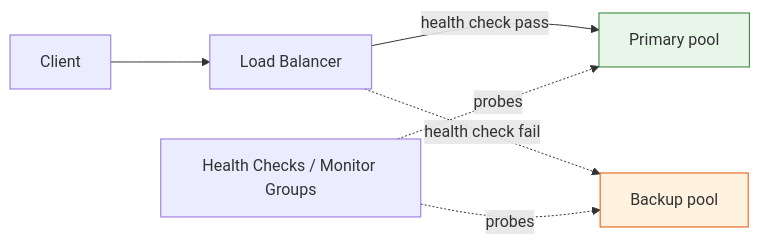
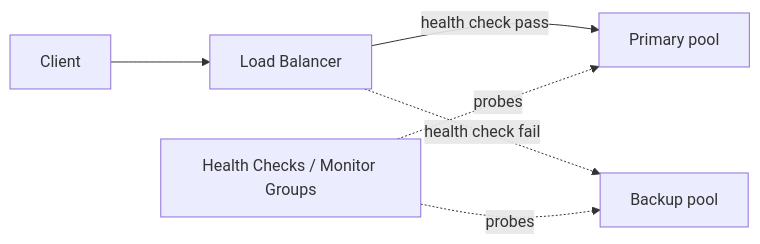
Before and after one commit to kevinevans1/cloudflare-adoption-framework: the diagram in docs/manage/reliability-operations.md, drawn with Mermaid. The commit also changed 12 other files, not shown here.

Commit message:
Remove hardcoded Mermaid node colors causing readability issues; let diagrams use Material's theme-aware rendering

````diff
--- a/docs/manage/reliability-operations.md
+++ b/docs/manage/reliability-operations.md
@@ -9,11 +9,9 @@
 ```mermaid
 flowchart LR
     C[Client] --> LB[Load Balancer]
     LB -->|health check pass| P1[Primary pool]
     LB -.->|health check fail| P2[Backup pool]
     HC[Health Checks / Monitor Groups] -.->|probes| P1
     HC -.->|probes| P2
 
-    style P1 fill:#e8f5e9,stroke:#2e7d32,stroke-width:1px
-    style P2 fill:#fff3e0,stroke:#e65100,stroke-width:1px
 ```
````
